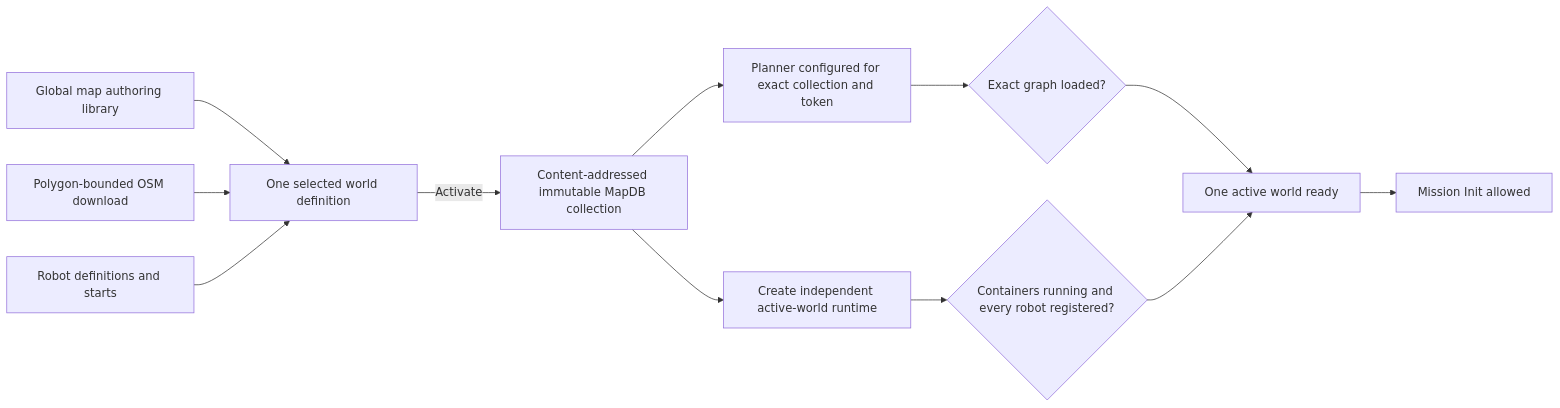
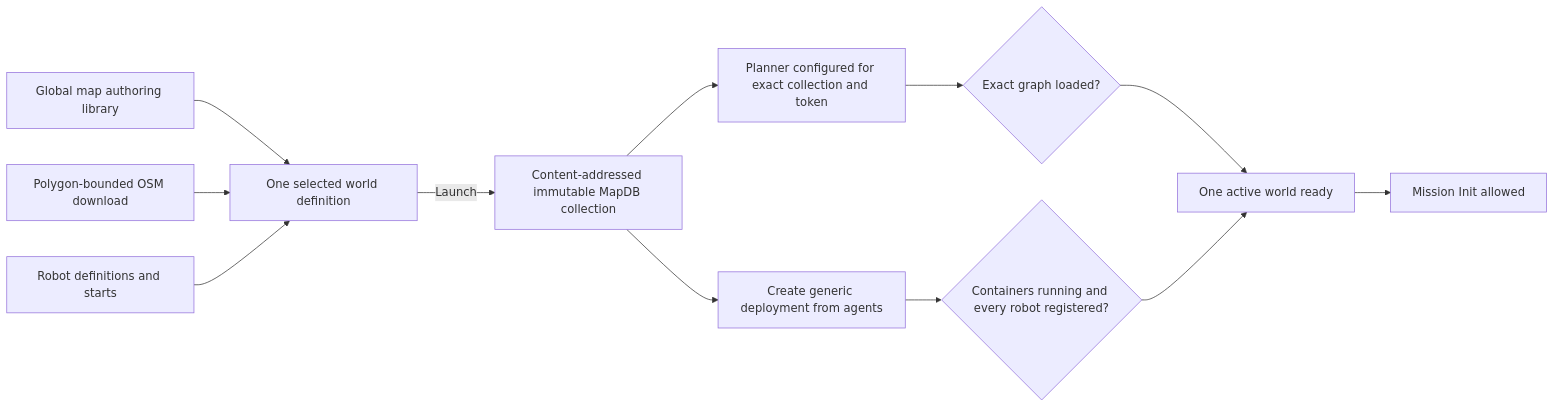
One commit to LEBaz2211/C2_imugs2 changed the diagram in PROJECT_PLANNING.md. Above: the diagram before and after it, drawn with Mermaid. The commit also changed other lines of this file and 158 other files, not shown here.

````diff
--- a/PROJECT_PLANNING.md
+++ b/PROJECT_PLANNING.md
@@ -67,14 +66,14 @@
 ```mermaid
 flowchart LR
     Library[Global map authoring library] --> Draft[One selected world definition]
     Roads[Polygon-bounded OSM download] --> Draft
     Robots[Robot definitions and starts] --> Draft
-    Draft -->|Activate| Freeze[Content-addressed immutable MapDB collection]
+    Draft -->|Launch| Freeze[Content-addressed immutable MapDB collection]
     Freeze --> Planner[Planner configured for exact collection and token]
-    Freeze --> Runtime[Create independent active-world runtime]
+    Freeze --> Runtime[Create generic deployment from agents]
     Planner --> Verify{Exact graph loaded?}
     Runtime --> Verify2{Containers running and every robot registered?}
     Verify --> Ready[One active world ready]
     Verify2 --> Ready
     Ready --> Mission[Mission Init allowed]
 ```
````
